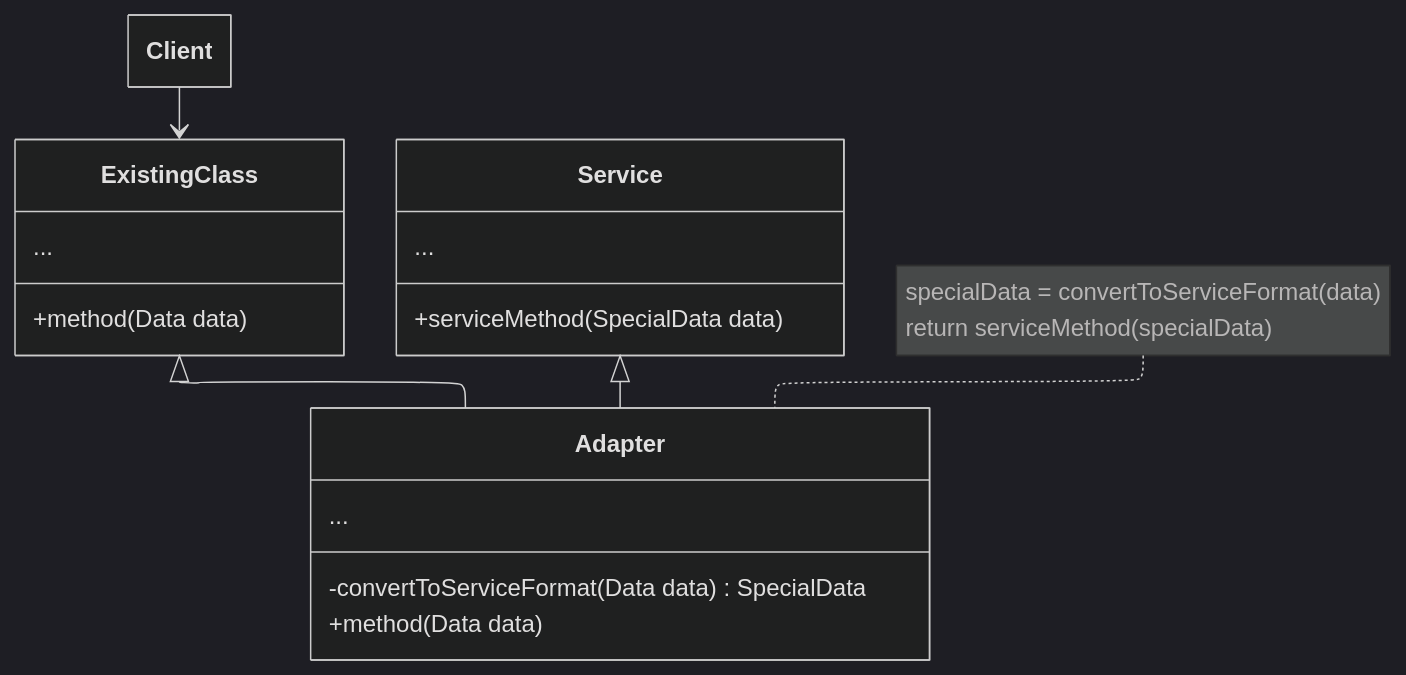
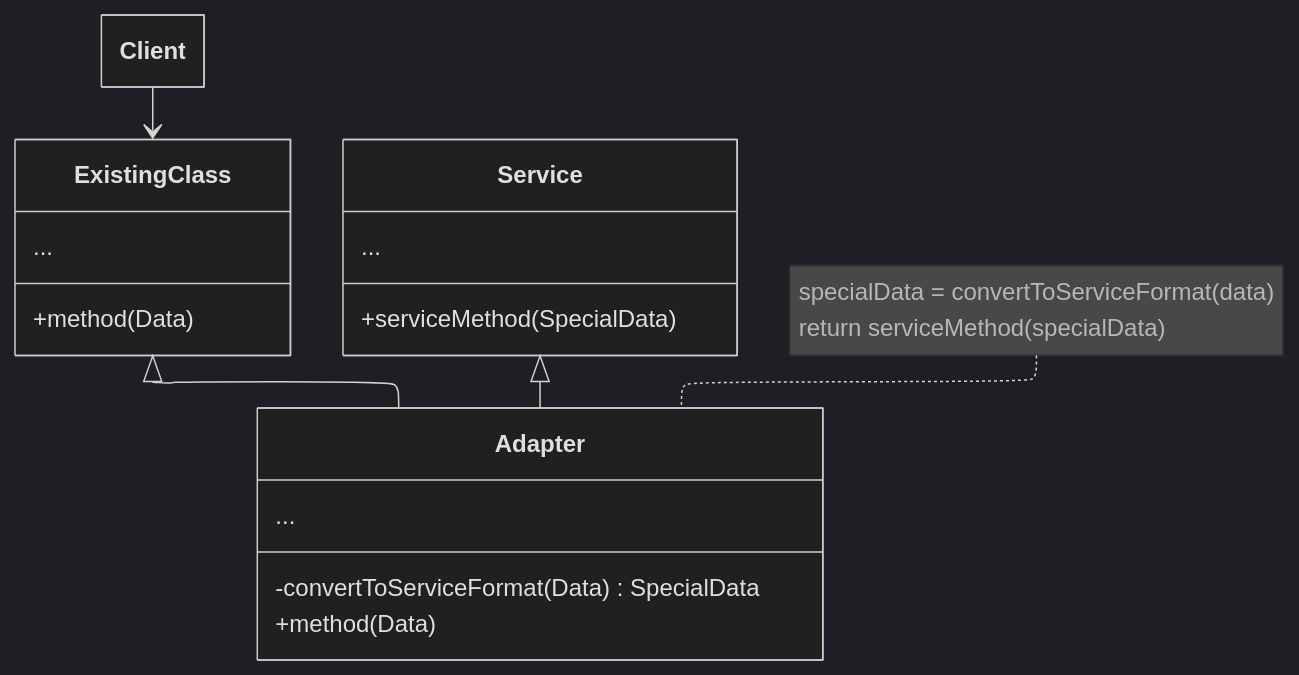
One commit to FAZuH/quartz changed the second of 2 diagrams in content/3 Reference/adapter-design-pattern_202606031059.md. Above: the diagram before and after it, drawn with Mermaid (dark theme). The commit also changed other lines of this file and 17 other files, not shown here.

````diff
--- a/content/3 Reference/adapter-design-pattern_202606031059.md
+++ b/content/3 Reference/adapter-design-pattern_202606031059.md
@@ -82,33 +81,33 @@
 ```mermaid
 ---
 config:
   layout: elk 
   class: 
     hideEmptyMembersBox: true
 ---
 classDiagram
 	class Client
 	
 	class ExistingClass {
 		...
-		+method(Data data)
+		+method(Data)
 	}
 	
 	class Service {
 		...
-		+serviceMethod(SpecialData data)
+		+serviceMethod(SpecialData)
 	}
 	
 	class Adapter {
 		...
-		-convertToServiceFormat(Data data) SpecialData
-		+method(Data data)
+		-convertToServiceFormat(Data) SpecialData
+		+method(Data)
 	}
 	
 	Client --> ExistingClass
 	ExistingClass <|-- Adapter
 	Service <|-- Adapter
 	
 	note for Adapter "specialData = convertToServiceFormat(data)
 	return serviceMethod(specialData)"
 ```
````
